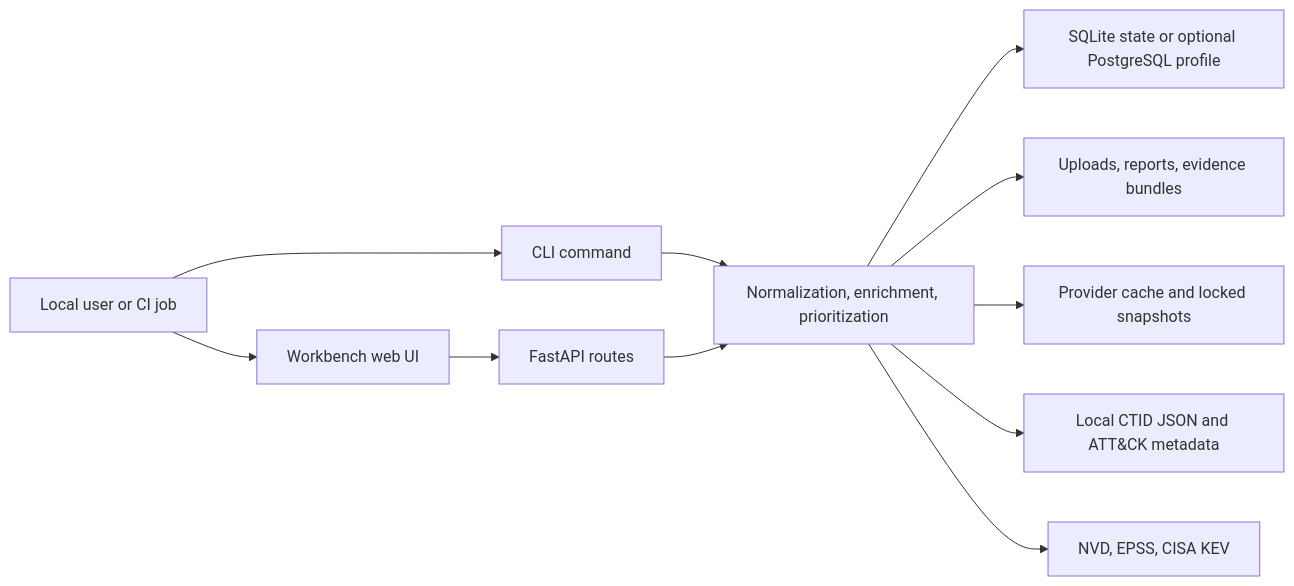
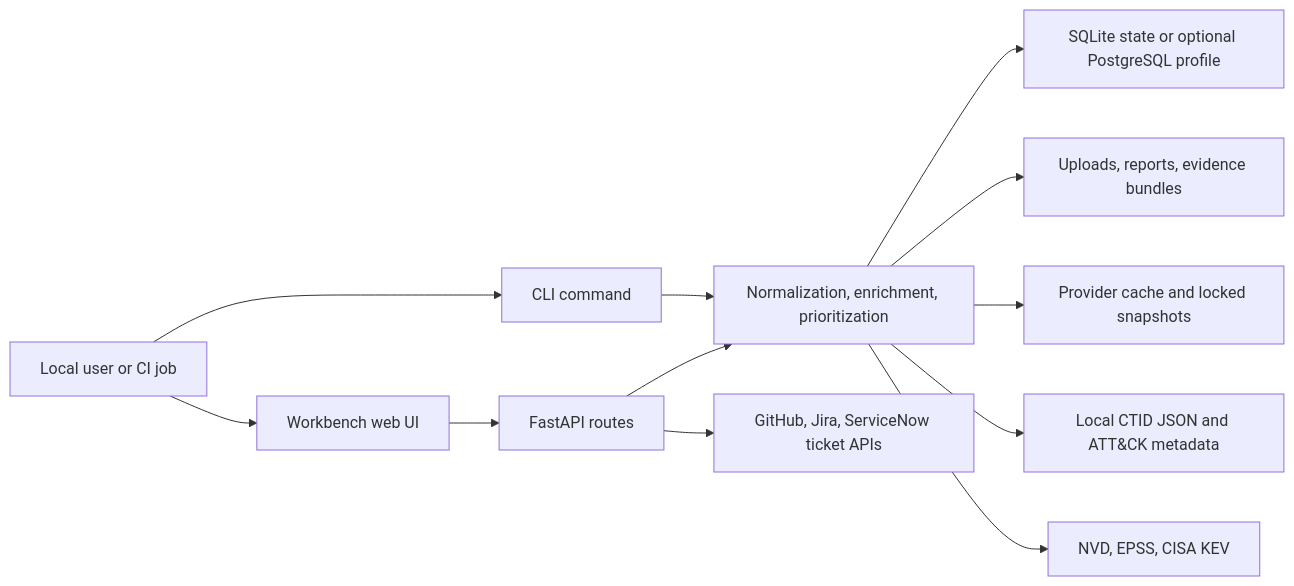
Before and after one commit to Noetheon/vuln-prioritizer-workbench: the diagram in docs/workbench-threat-model.md, drawn with Mermaid. The commit also changed other lines of this file and 141 other files, not shown here.

````diff
--- a/docs/workbench-threat-model.md
+++ b/docs/workbench-threat-model.md
@@ -46,13 +49,14 @@
 ```mermaid
 flowchart LR
   U["Local user or CI job"] --> CLI["CLI command"]
   U --> WEB["Workbench web UI"]
   WEB --> API["FastAPI routes"]
   CLI --> CORE["Normalization, enrichment, prioritization"]
   API --> CORE
   CORE --> DB["SQLite state or optional PostgreSQL profile"]
   CORE --> FS["Uploads, reports, evidence bundles"]
   CORE --> CACHE["Provider cache and locked snapshots"]
   CORE --> ATK["Local CTID JSON and ATT&CK metadata"]
   CORE --> LIVE["NVD, EPSS, CISA KEV"]
+  API --> TICKETS["GitHub, Jira, ServiceNow ticket APIs"]
 ```
````
